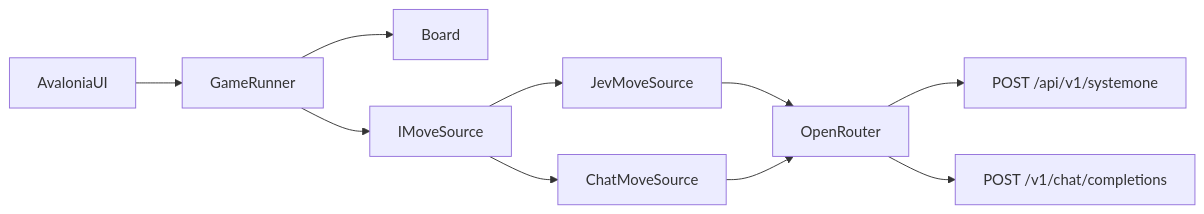
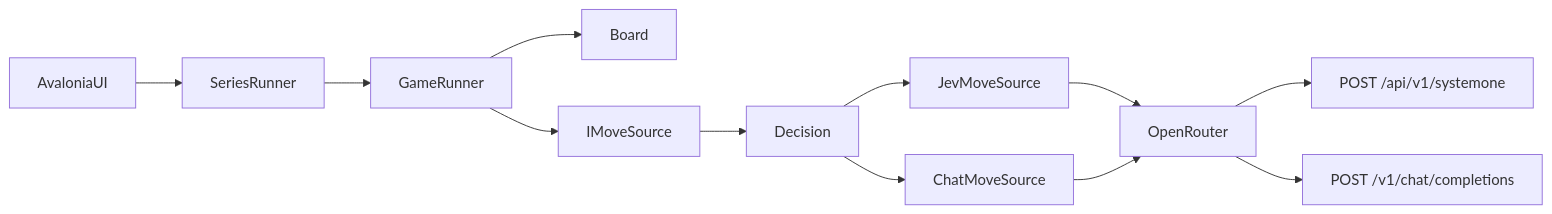
The diagram in PLAN.md (bakertony-hash/AIConnect4), drawn with Mermaid before and after one commit. The commit also changed other lines of this file and 1 other file, not shown here.

First line of the commit message:
docs(plan): series win counts and one Decision per AI call (#1)

````diff
--- a/PLAN.md
+++ b/PLAN.md
@@ -7,12 +9,14 @@
 ```mermaid
 flowchart LR
-  ui[AvaloniaUI] --> runner[GameRunner]
+  ui[AvaloniaUI] --> series[SeriesRunner]
+  series --> runner[GameRunner]
   runner --> board[Board]
   runner --> src[IMoveSource]
-  src --> jev[JevMoveSource]
-  src --> chat[ChatMoveSource]
+  src --> decision[Decision]
+  decision --> jev[JevMoveSource]
+  decision --> chat[ChatMoveSource]
   jev --> or[OpenRouter]
   chat --> or
   or --> jevApi["POST /api/v1/systemone"]
   or --> chatApi["POST /v1/chat/completions"]
 ```
````
